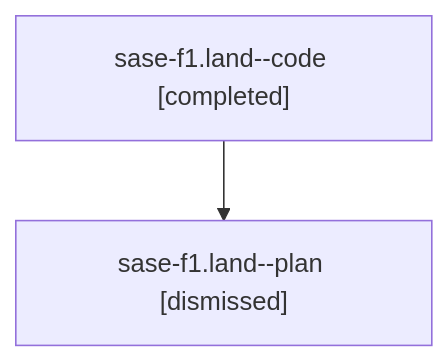
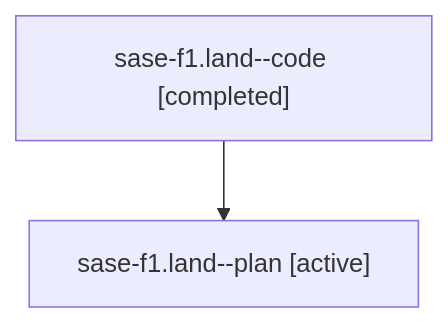
The diagram in families/bbugyi200.athena.sase-f1.land.md (sase-org/sase--agents), drawn with Mermaid before and after one commit. The commit also changed other lines of this file and 4556 other files, not shown here.

````diff
--- a/families/bbugyi200.athena.sase-f1.land.md
+++ b/families/bbugyi200.athena.sase-f1.land.md
@@ -9,6 +9,6 @@
 ```mermaid
 flowchart TD
   n0["sase-f1.land--code [completed]"]
-  n1["sase-f1.land--plan [dismissed]"]
+  n1["sase-f1.land--plan [active]"]
   n0 --> n1
 ```
````
